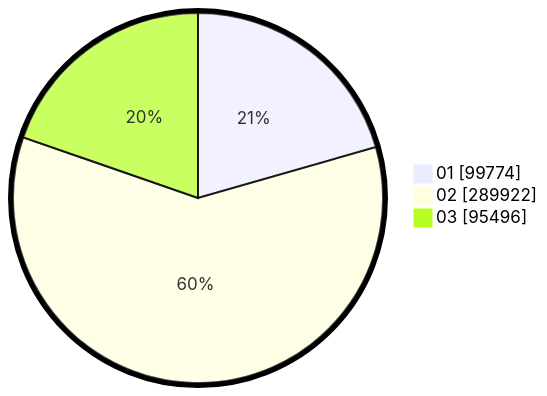
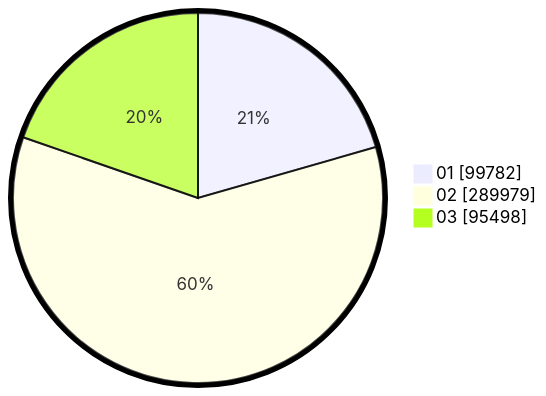
The second of 2 diagrams in pilpres/hitung-suara/sub/table-wilayah-99.md (gigit-pemilu/pemilu-2024), drawn with Mermaid before and after one commit. The commit also changed other lines of this file and 11 other files, not shown here.

````diff
--- a/pilpres/hitung-suara/sub/table-wilayah-99.md
+++ b/pilpres/hitung-suara/sub/table-wilayah-99.md
@@ -15,7 +15,7 @@
 ```mermaid
 %%{init: {"pie": {"textPosition": 0.5}, "themeVariables": {"pieOuterStrokeWidth": "5px"}} }%%
 pie showData
-    "01" : 99774
-    "02" : 289922
-    "03" : 95496
+    "01" : 99782
+    "02" : 289979
+    "03" : 95498
 ```
````
